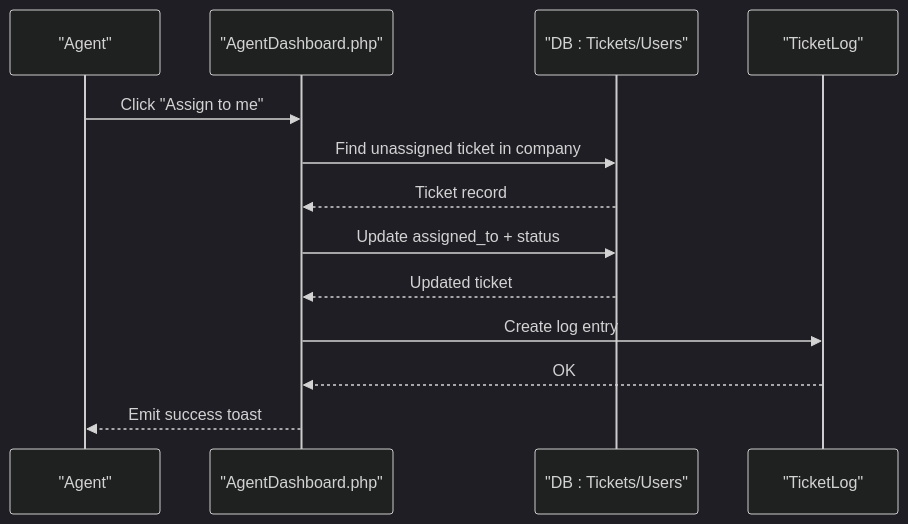
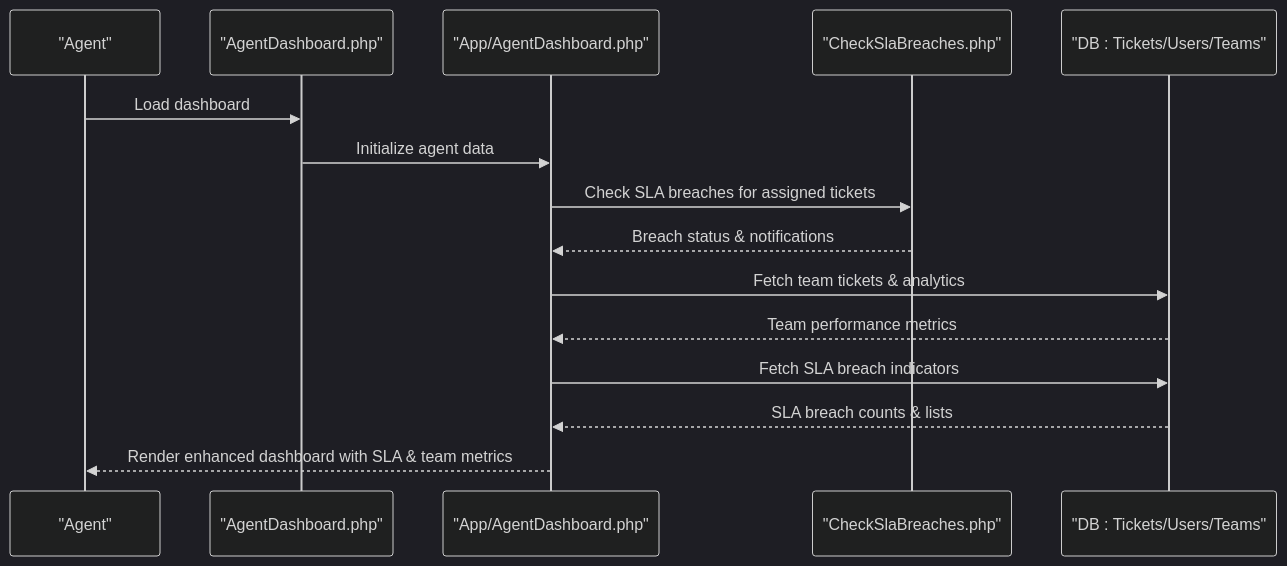
Before and after one commit to younesgamer68/helpdesk-system: the fourth of 8 diagrams in .qoder/repowiki/en/content/Dashboard & Analytics/Dashboard & Analytics.md, drawn with Mermaid (dark theme). The commit also changed other lines of this file and 12 other files, not shown here.

````diff
--- a/.qoder/repowiki/en/content/Dashboard & Analytics/Dashboard & Analytics.md
+++ b/.qoder/repowiki/en/content/Dashboard & Analytics/Dashboard & Analytics.md
@@ -195,15 +262,17 @@
 ```mermaid
 sequenceDiagram
 participant Agent as "Agent"
 participant AgentDash as "AgentDashboard.php"
-participant DB as "DB : Tickets/Users"
-participant Log as "TicketLog"
-Agent->>AgentDash : Click "Assign to me"
-AgentDash->>DB : Find unassigned ticket in company
-DB-->>AgentDash : Ticket record
-AgentDash->>DB : Update assigned_to + status
-DB-->>AgentDash : Updated ticket
-AgentDash->>Log : Create log entry
-Log-->>AgentDash : OK
-AgentDash-->>Agent : Emit success toast
+participant AppAgentDash as "App/AgentDashboard.php"
+participant SLACmd as "CheckSlaBreaches.php"
+participant DB as "DB : Tickets/Users/Teams"
+Agent->>AgentDash : Load dashboard
+AgentDash->>AppAgentDash : Initialize agent data
+AppAgentDash->>SLACmd : Check SLA breaches for assigned tickets
+SLACmd-->>AppAgentDash : Breach status & notifications
+AppAgentDash->>DB : Fetch team tickets & analytics
+DB-->>AppAgentDash : Team performance metrics
+AppAgentDash->>DB : Fetch SLA breach indicators
+DB-->>AppAgentDash : SLA breach counts & lists
+AppAgentDash-->>Agent : Render enhanced dashboard with SLA & team metrics
 ```
````
